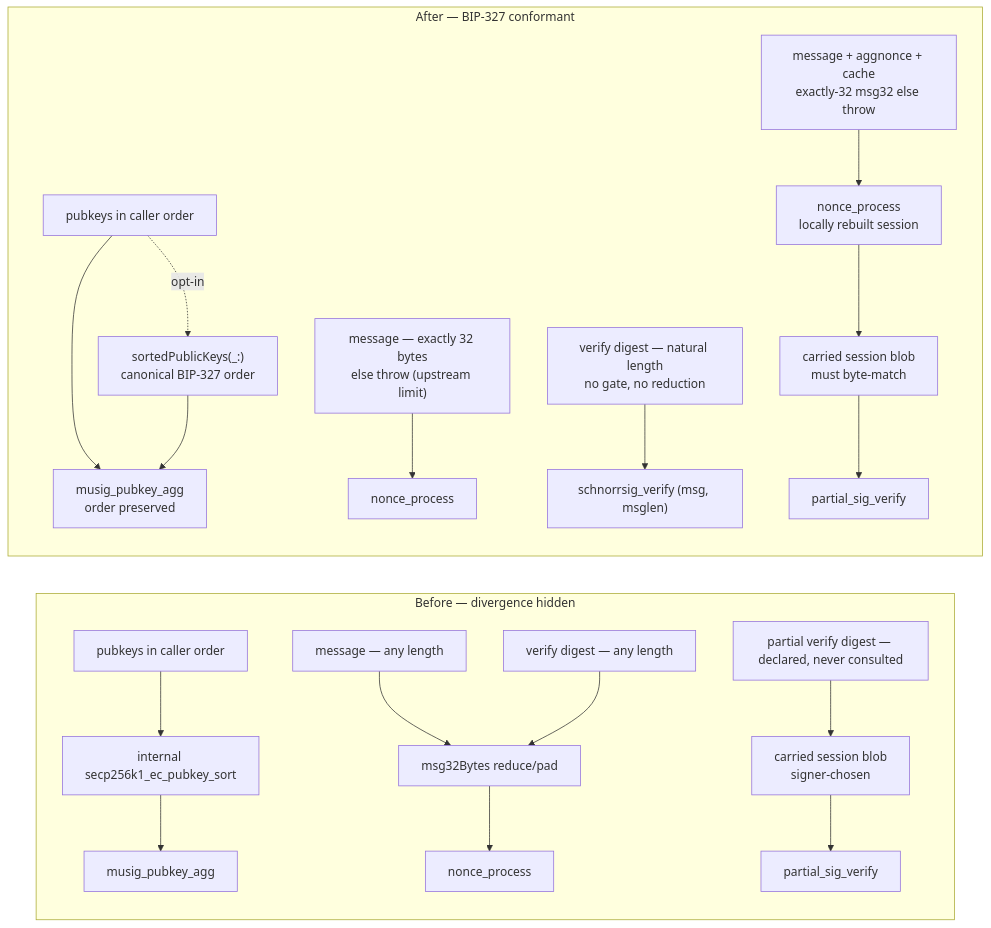
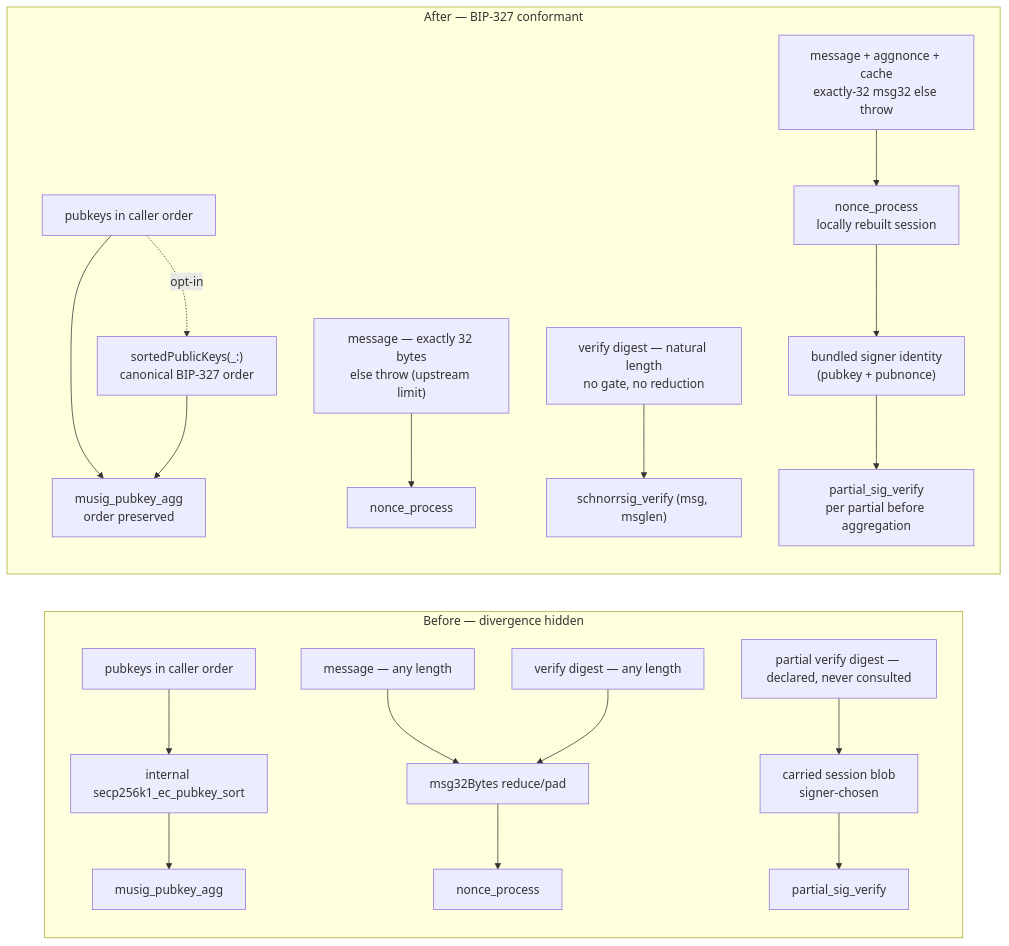
Before and after one commit to 21-DOT-DEV/swift-secp256k1: the seventh of 8 diagrams in Development/Specs/004-audit-hardening/plan.md, drawn with Mermaid. The commit also changed other lines of this file and 10 other files, not shown here.

````diff
--- a/Development/Specs/004-audit-hardening/plan.md
+++ b/Development/Specs/004-audit-hardening/plan.md
@@ -645,16 +708,16 @@
 ```mermaid
 flowchart LR
     subgraph before["Before — divergence hidden"]
         keys["pubkeys in caller order"] --> sort["internal secp256k1_ec_pubkey_sort"] --> agg["musig_pubkey_agg"]
         msg["message — any length"] --> red["msg32Bytes reduce/pad"] --> proc["nonce_process"]
         dig["verify digest — any length"] --> red
         pdig["partial verify digest — declared, never consulted"] --> blob["carried session blob<br/>signer-chosen"] --> pver["partial_sig_verify"]
     end
     subgraph after["After — BIP-327 conformant"]
         keys2["pubkeys in caller order"] --> agg2["musig_pubkey_agg<br/>order preserved"]
         keys2 -.->|"opt-in"| helper["sortedPublicKeys(_:)<br/>canonical BIP-327 order"] --> agg2
         msg2["message — exactly 32 bytes<br/>else throw (upstream limit)"] --> proc2["nonce_process"]
         dig2["verify digest — natural length<br/>no gate, no reduction"] --> ver["schnorrsig_verify (msg, msglen)"]
-        pdig2["message + aggnonce + cache<br/>exactly-32 msg32 else throw"] --> proc3["nonce_process<br/>locally rebuilt session"] --> match["carried session blob<br/>must byte-match"] --> pver2["partial_sig_verify"]
+        pdig2["message + aggnonce + cache<br/>exactly-32 msg32 else throw"] --> proc3["nonce_process<br/>locally rebuilt session"] --> match["bundled signer identity<br/>(pubkey + pubnonce)"] --> pver2["partial_sig_verify<br/>per partial before aggregation"]
     end
 ```
````
